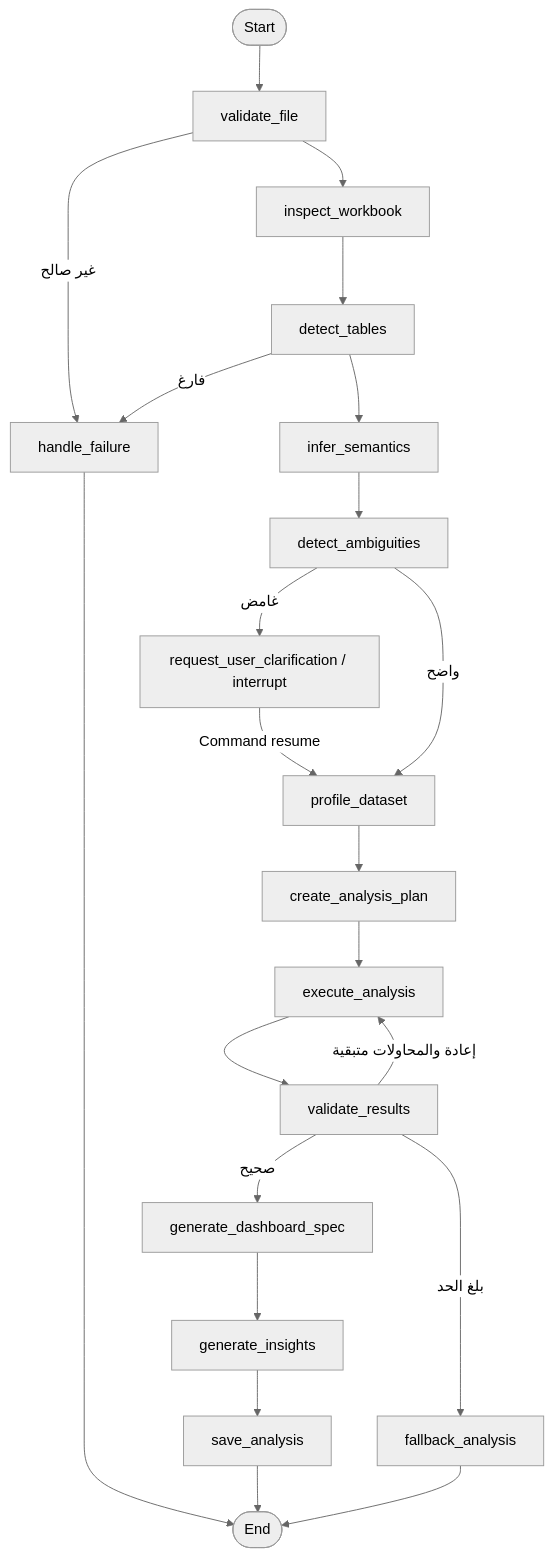
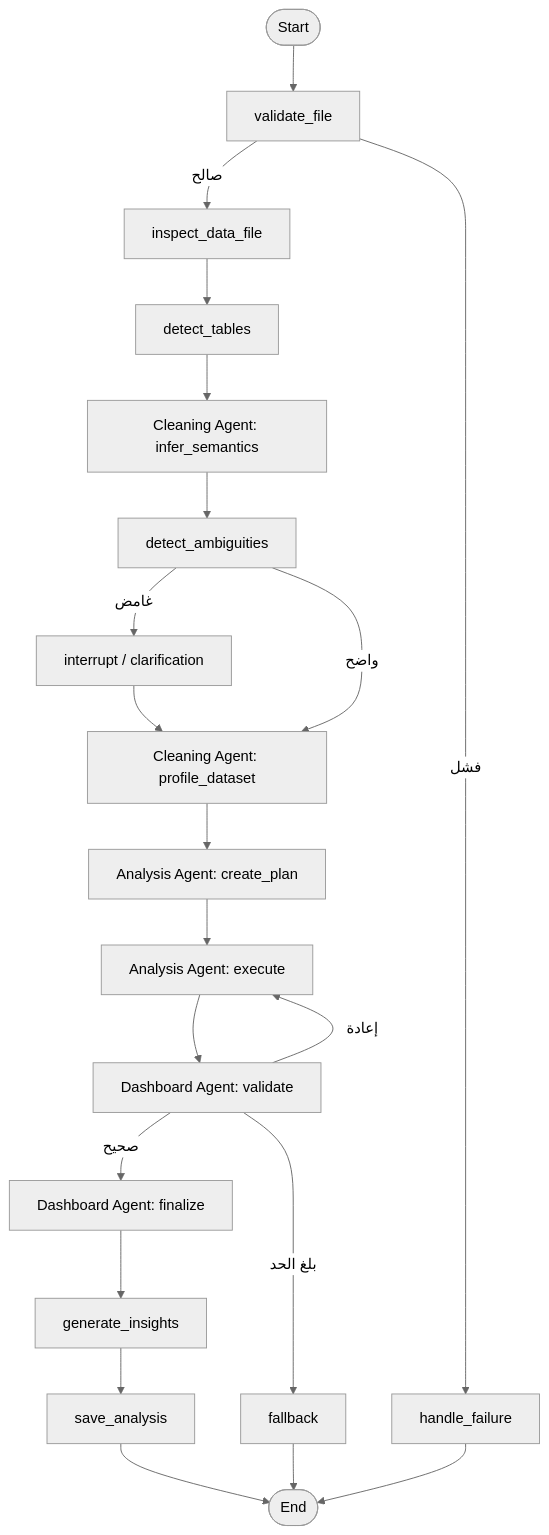
Before and after one commit to WaleedTw/excel-analytics-app: the diagram in docs/LANGGRAPH_WORKFLOW.md, drawn with Mermaid (neutral theme). The commit also changed other lines of this file and 48 other files, not shown here.

````diff
--- a/docs/LANGGRAPH_WORKFLOW.md
+++ b/docs/LANGGRAPH_WORKFLOW.md
@@ -3,19 +3,23 @@
 ```mermaid
 flowchart TD
   S([Start]) --> V[validate_file]
-  V -->|غير صالح| H[handle_failure]
-  V --> I[inspect_workbook] --> T[detect_tables]
-  T -->|فارغ| H
-  T --> N[infer_semantics] --> A[detect_ambiguities]
-  A -->|غامض| Q[request_user_clarification / interrupt]
-  Q -->|Command resume| P[profile_dataset]
-  A -->|واضح| P
-  P --> C[create_analysis_plan] --> E[execute_analysis]
-  E --> R[validate_results]
-  R -->|صحيح| D[generate_dashboard_spec]
-  R -->|إعادة والمحاولات متبقية| E
-  R -->|بلغ الحد| F[fallback_analysis]
-  D --> G[generate_insights] --> SV[save_analysis] --> END([End])
+  V -->|صالح| I[inspect_data_file]
+  V -->|فشل| H[handle_failure]
+  I --> T[detect_tables]
+  T --> C1[Cleaning Agent: infer_semantics]
+  C1 --> A[detect_ambiguities]
+  A -->|غامض| Q[interrupt / clarification]
+  Q --> C2[Cleaning Agent: profile_dataset]
+  A -->|واضح| C2
+  C2 --> P[Analysis Agent: create_plan]
+  P --> E[Analysis Agent: execute]
+  E --> R[Dashboard Agent: validate]
+  R -->|صحيح| D[Dashboard Agent: finalize]
+  R -->|إعادة| E
+  R -->|بلغ الحد| F[fallback]
+  D --> G[generate_insights]
+  G --> SV[save_analysis]
+  SV --> END([End])
   F --> END
   H --> END
 ```
````
